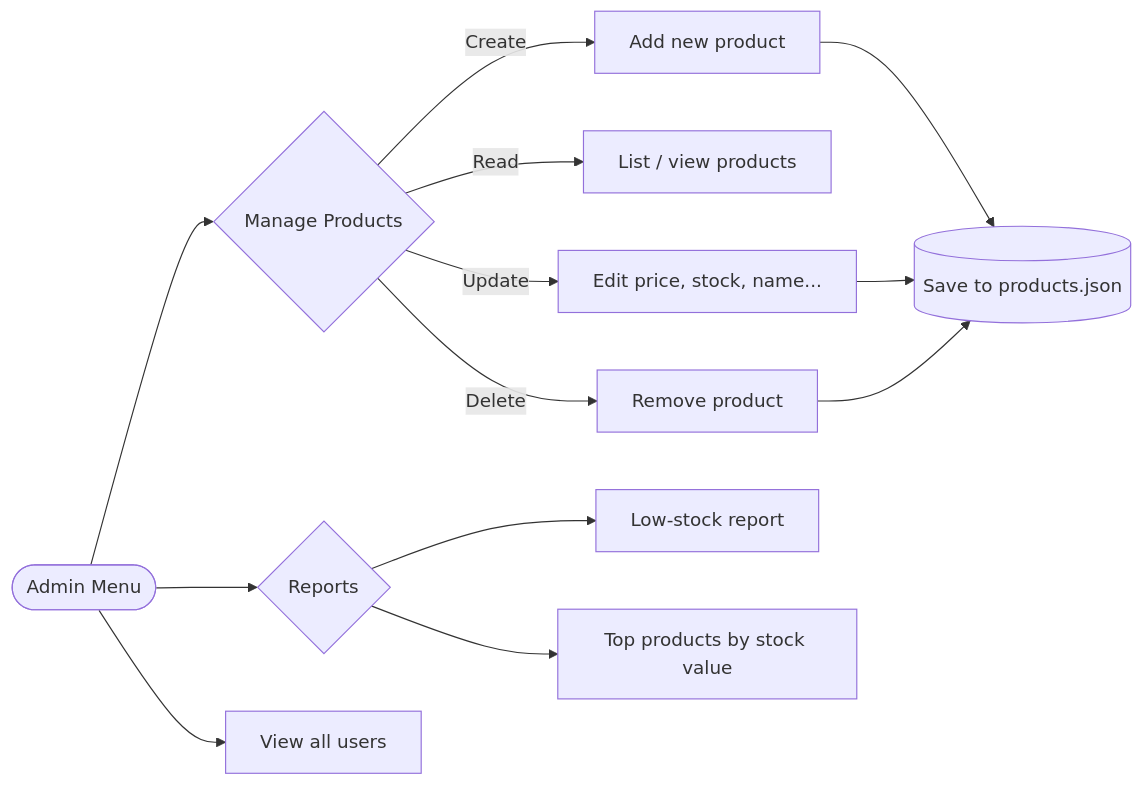
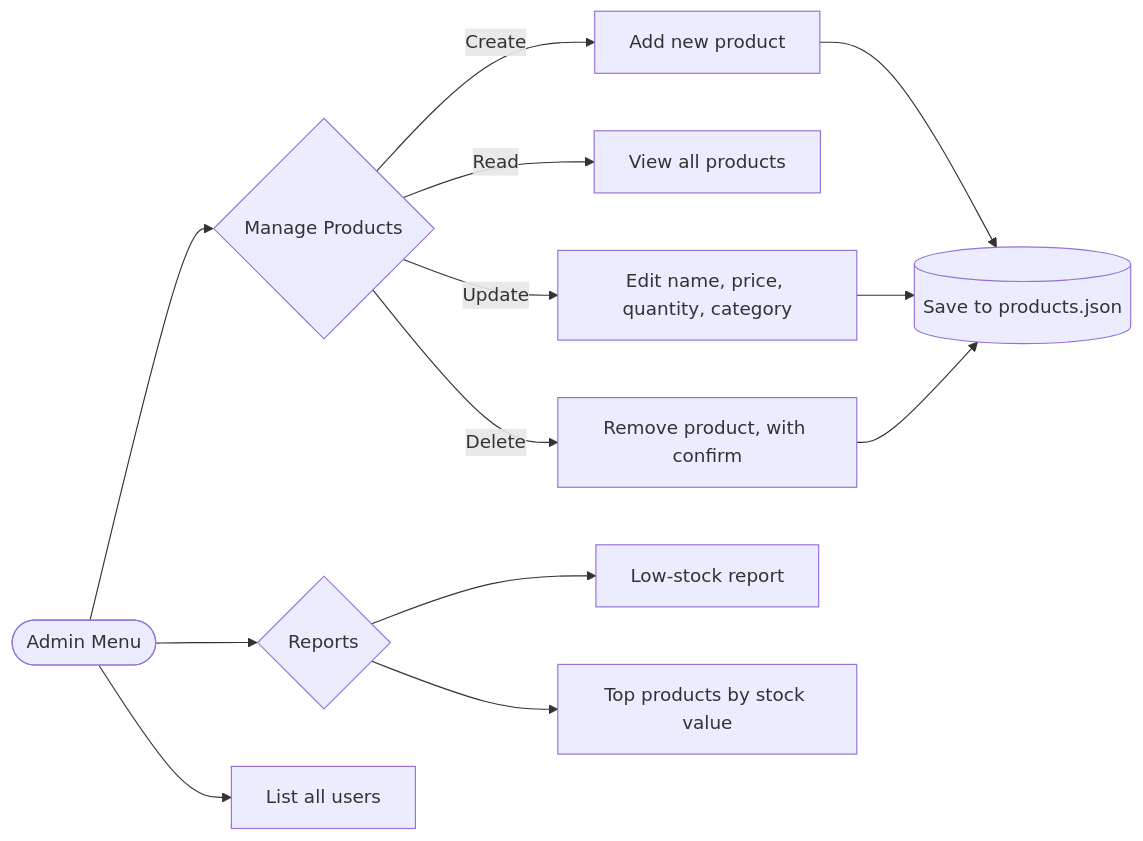
Before and after one commit to Tannu980/GreenCart: the seventh of 8 diagrams in README.md, drawn with Mermaid. The commit also changed other lines of this file, not shown here.

````diff
--- a/README.md
+++ b/README.md
@@ -258,13 +251,13 @@
 ```mermaid
 flowchart LR
     ADM([Admin Menu]) --> CRUD{Manage Products}
     CRUD -->|Create| CR[Add new product]
-    CRUD -->|Read| RD[List / view products]
-    CRUD -->|Update| UP[Edit price, stock, name...]
-    CRUD -->|Delete| DL[Remove product]
+    CRUD -->|Read| RD[View all products]
+    CRUD -->|Update| UP[Edit name, price, quantity, category]
+    CRUD -->|Delete| DL[Remove product, with confirm]
     ADM --> RPT{Reports}
     RPT --> LS[Low-stock report]
     RPT --> TP[Top products by stock value]
-    ADM --> VU[View all users]
+    ADM --> VU[List all users]
     CR & UP & DL --> SAVE[(Save to products.json)]
 ```
````
